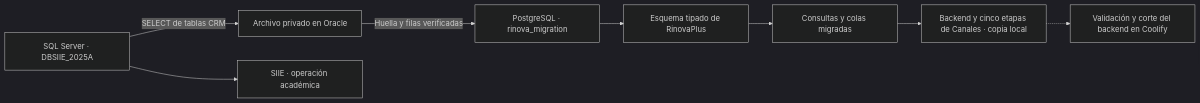
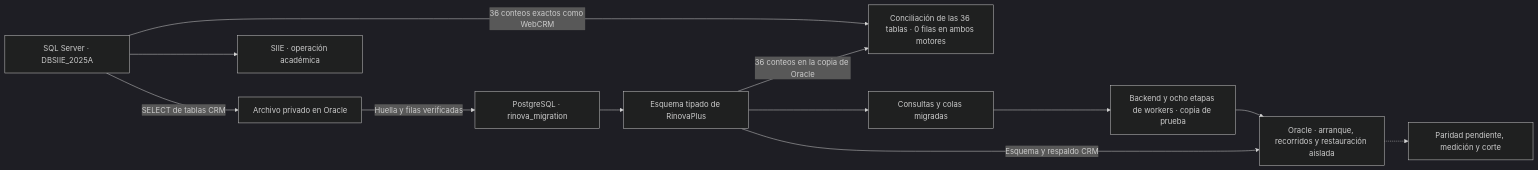
One commit to juampa1329-debug/rinovaplus changed the diagram in docs/deployment/postgresql-migration.md. Above: the diagram before and after it, drawn with Mermaid (dark theme). The commit also changed other lines of this file and 11 other files, not shown here.

````diff
--- a/docs/deployment/postgresql-migration.md
+++ b/docs/deployment/postgresql-migration.md
@@ -20,10 +20,14 @@
 ```mermaid
 flowchart LR
     S[SQL Server · DBSIIE_2025A] -->|SELECT de tablas CRM| A[Archivo privado en Oracle]
     A -->|Huella y filas verificadas| P[PostgreSQL · rinova_migration]
     P --> N[Esquema tipado de RinovaPlus]
+    S -->|36 conteos exactos como WebCRM| V[Conciliación de las 36 tablas · 0 filas en ambos motores]
+    N -->|36 conteos en la copia de Oracle| V
     N --> Q[Consultas y colas migradas]
-    Q --> R[Backend y cinco etapas de Canales · copia local]
-    R -.-> B[Validación y corte del backend en Coolify]
+    Q --> R[Backend y ocho etapas de workers · copia de prueba]
+    R --> O[Oracle · arranque, recorridos y restauración aislada]
+    N -->|Esquema y respaldo CRM| O
+    O -.-> B[Paridad pendiente, medición y corte]
     S --> E[SIIE · operación académica]
 ```
````
